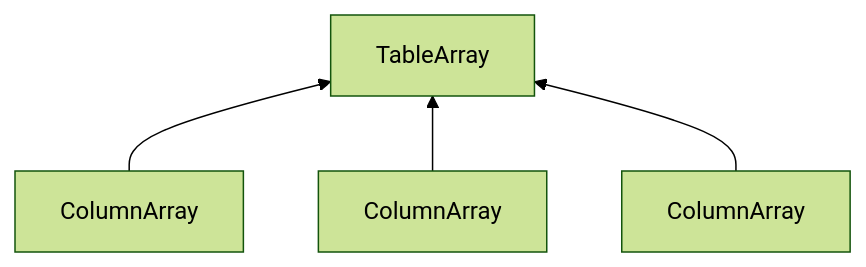
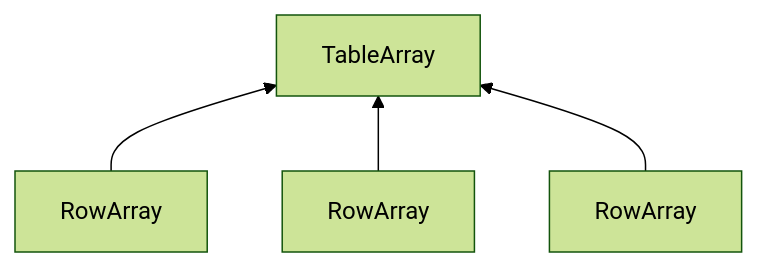
One commit to lcov29/markdown-table-generator changed the third of 3 diagrams in documentation/documentation.md. Above: the diagram before and after it, drawn with Mermaid (forest theme). The commit also changed other lines of this file, not shown here.

Commit message:
update section about internal table representation

````diff
--- a/documentation/documentation.md
+++ b/documentation/documentation.md
@@ -115,6 +115,6 @@
 ```mermaid
 flowchart BT
-    a[ColumnArray] --> z[TableArray]
-    b[ColumnArray] --> z[TableArray]
-    c[ColumnArray] --> z[TableArray]
+    a[RowArray] --> z[TableArray]
+    b[RowArray] --> z[TableArray]
+    c[RowArray] --> z[TableArray]
 ```
````
